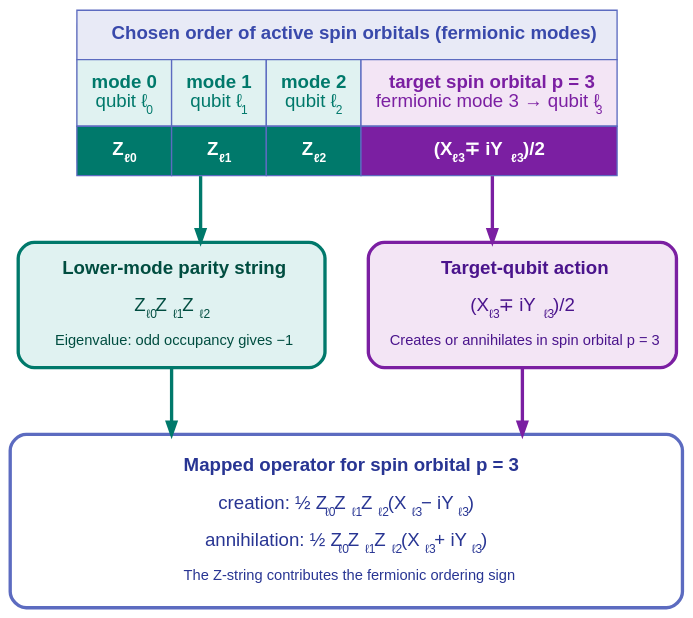
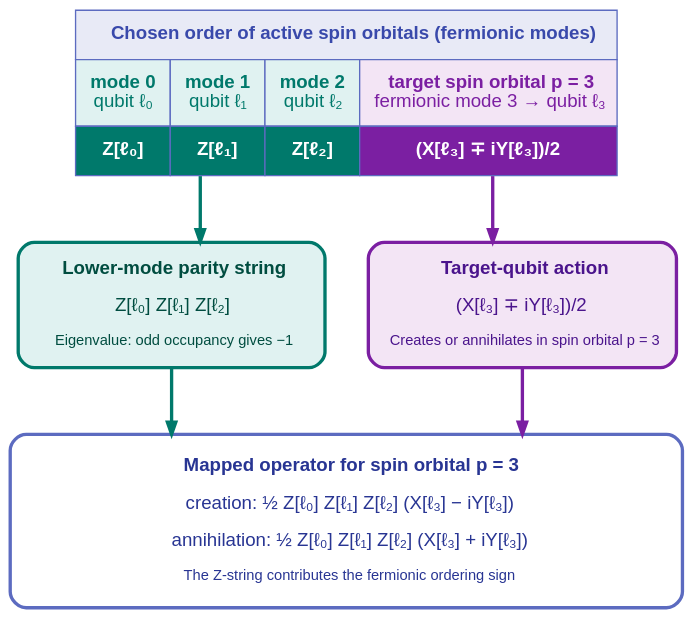
One commit to microsoft/qdk-chemistry changed the diagram in docs/source/_static/diagrams/tutorial_qpe_jordan_wigner_parity.dot. Above: the diagram before and after it, drawn with Graphviz. The commit also changed 4 other files, not shown here.

Commit message:
Avoid Graphviz SVG subscript collisions

```diff
--- a/docs/source/_static/diagrams/tutorial_qpe_jordan_wigner_parity.dot
+++ b/docs/source/_static/diagrams/tutorial_qpe_jordan_wigner_parity.dot
@@ -1,44 +1,44 @@
 digraph TutorialQpeJordanWignerParity {
     rankdir=TB;
     ranksep=0.7;
     nodesep=0.45;
     newrank=true;
     overlap=false;
     splines=ortho;
     pad=0.2;
     bgcolor="transparent";
 
     node [shape=box, style="rounded,filled", fontname="Arial", margin="0.22,0.18"];
     edge [penwidth=2.5, arrowsize=0.9, fontname="Arial"];
 
     Ordering [shape=plain, label=<<TABLE BORDER="0" CELLBORDER="1" CELLSPACING="0" CELLPADDING="10" COLOR="#5C6BC0">
         <TR><TD COLSPAN="4" BGCOLOR="#E8EAF6"><FONT COLOR="#3949AB"><B>Chosen order of active spin orbitals (fermionic modes)</B></FONT></TD></TR>
         <TR>
-            <TD BGCOLOR="#E0F2F1"><FONT COLOR="#00796B"><B>mode 0</B><BR/>qubit ℓ<SUB><FONT POINT-SIZE="9">0</FONT></SUB></FONT></TD>
-            <TD BGCOLOR="#E0F2F1"><FONT COLOR="#00796B"><B>mode 1</B><BR/>qubit ℓ<SUB><FONT POINT-SIZE="9">1</FONT></SUB></FONT></TD>
-            <TD BGCOLOR="#E0F2F1"><FONT COLOR="#00796B"><B>mode 2</B><BR/>qubit ℓ<SUB><FONT POINT-SIZE="9">2</FONT></SUB></FONT></TD>
-            <TD BGCOLOR="#F3E5F5"><FONT COLOR="#7B1FA2"><B>target spin orbital p = 3</B><BR/>fermionic mode 3 → qubit ℓ<SUB><FONT POINT-SIZE="9">3</FONT></SUB></FONT></TD>
+            <TD BGCOLOR="#E0F2F1"><FONT COLOR="#00796B"><B>mode 0</B><BR/>qubit ℓ₀</FONT></TD>
+            <TD BGCOLOR="#E0F2F1"><FONT COLOR="#00796B"><B>mode 1</B><BR/>qubit ℓ₁</FONT></TD>
+            <TD BGCOLOR="#E0F2F1"><FONT COLOR="#00796B"><B>mode 2</B><BR/>qubit ℓ₂</FONT></TD>
+            <TD BGCOLOR="#F3E5F5"><FONT COLOR="#7B1FA2"><B>target spin orbital p = 3</B><BR/>fermionic mode 3 → qubit ℓ₃</FONT></TD>
         </TR>
         <TR>
-            <TD BGCOLOR="#00796B"><FONT COLOR="#FFFFFF"><B>Z<SUB><FONT POINT-SIZE="9">ℓ0</FONT></SUB></B></FONT></TD>
-            <TD BGCOLOR="#00796B"><FONT COLOR="#FFFFFF"><B>Z<SUB><FONT POINT-SIZE="9">ℓ1</FONT></SUB></B></FONT></TD>
-            <TD BGCOLOR="#00796B"><FONT COLOR="#FFFFFF"><B>Z<SUB><FONT POINT-SIZE="9">ℓ2</FONT></SUB></B></FONT></TD>
-            <TD BGCOLOR="#7B1FA2"><FONT COLOR="#FFFFFF"><B>(X<SUB><FONT POINT-SIZE="9">ℓ3</FONT></SUB> ∓ iY<SUB><FONT POINT-SIZE="9">ℓ3</FONT></SUB>)/2</B></FONT></TD>
+            <TD BGCOLOR="#00796B"><FONT COLOR="#FFFFFF"><B>Z[ℓ₀]</B></FONT></TD>
+            <TD BGCOLOR="#00796B"><FONT COLOR="#FFFFFF"><B>Z[ℓ₁]</B></FONT></TD>
+            <TD BGCOLOR="#00796B"><FONT COLOR="#FFFFFF"><B>Z[ℓ₂]</B></FONT></TD>
+            <TD BGCOLOR="#7B1FA2"><FONT COLOR="#FFFFFF"><B>(X[ℓ₃] ∓ iY[ℓ₃])/2</B></FONT></TD>
         </TR>
     </TABLE>>];
 
     subgraph factors {
         rank=same;
 
-        Parity [label=<<B>Lower-mode parity string</B><BR/><BR/>Z<SUB><FONT POINT-SIZE="9">ℓ0</FONT></SUB> Z<SUB><FONT POINT-SIZE="9">ℓ1</FONT></SUB> Z<SUB><FONT POINT-SIZE="9">ℓ2</FONT></SUB><BR/><BR/><FONT POINT-SIZE="11">Eigenvalue: odd occupancy gives −1</FONT>>, fillcolor="#E0F2F1", color="#00796B", penwidth=2.5, fontcolor="#004D40", width=3.2, height=1.3];
+        Parity [label=<<B>Lower-mode parity string</B><BR/><BR/>Z[ℓ₀] Z[ℓ₁] Z[ℓ₂]<BR/><BR/><FONT POINT-SIZE="11">Eigenvalue: odd occupancy gives −1</FONT>>, fillcolor="#E0F2F1", color="#00796B", penwidth=2.5, fontcolor="#004D40", width=3.2, height=1.3];
 
-        Target [label=<<B>Target-qubit action</B><BR/><BR/>(X<SUB><FONT POINT-SIZE="9">ℓ3</FONT></SUB> ∓ iY<SUB><FONT POINT-SIZE="9">ℓ3</FONT></SUB>)/2<BR/><BR/><FONT POINT-SIZE="11">Creates or annihilates in spin orbital p = 3</FONT>>, fillcolor="#F3E5F5", color="#7B1FA2", penwidth=2.5, fontcolor="#4A148C", width=3.2, height=1.3];
+        Target [label=<<B>Target-qubit action</B><BR/><BR/>(X[ℓ₃] ∓ iY[ℓ₃])/2<BR/><BR/><FONT POINT-SIZE="11">Creates or annihilates in spin orbital p = 3</FONT>>, fillcolor="#F3E5F5", color="#7B1FA2", penwidth=2.5, fontcolor="#4A148C", width=3.2, height=1.3];
     }
 
-    Combined [label=<<B>Mapped operator for spin orbital p = 3</B><BR/><BR/>creation: ½ Z<SUB><FONT POINT-SIZE="9">ℓ0</FONT></SUB> Z<SUB><FONT POINT-SIZE="9">ℓ1</FONT></SUB> Z<SUB><FONT POINT-SIZE="9">ℓ2</FONT></SUB> (X<SUB><FONT POINT-SIZE="9">ℓ3</FONT></SUB> − iY<SUB><FONT POINT-SIZE="9">ℓ3</FONT></SUB>)<BR/><BR/>annihilation: ½ Z<SUB><FONT POINT-SIZE="9">ℓ0</FONT></SUB> Z<SUB><FONT POINT-SIZE="9">ℓ1</FONT></SUB> Z<SUB><FONT POINT-SIZE="9">ℓ2</FONT></SUB> (X<SUB><FONT POINT-SIZE="9">ℓ3</FONT></SUB> + iY<SUB><FONT POINT-SIZE="9">ℓ3</FONT></SUB>)<BR/><BR/><FONT POINT-SIZE="11">The Z-string contributes the fermionic ordering sign</FONT>>, fillcolor="#FFFFFF", color="#5C6BC0", penwidth=2.5, fontcolor="#283593", width=7.0, height=1.8];
+    Combined [label=<<B>Mapped operator for spin orbital p = 3</B><BR/><BR/>creation: ½ Z[ℓ₀] Z[ℓ₁] Z[ℓ₂] (X[ℓ₃] − iY[ℓ₃])<BR/><BR/>annihilation: ½ Z[ℓ₀] Z[ℓ₁] Z[ℓ₂] (X[ℓ₃] + iY[ℓ₃])<BR/><BR/><FONT POINT-SIZE="11">The Z-string contributes the fermionic ordering sign</FONT>>, fillcolor="#FFFFFF", color="#5C6BC0", penwidth=2.5, fontcolor="#283593", width=7.0, height=1.8];
 
     Ordering -> Parity [color="#00796B"];
     Ordering -> Target [color="#7B1FA2"];
     Parity -> Combined [color="#00796B"];
     Target -> Combined [color="#7B1FA2"];
 }
```
